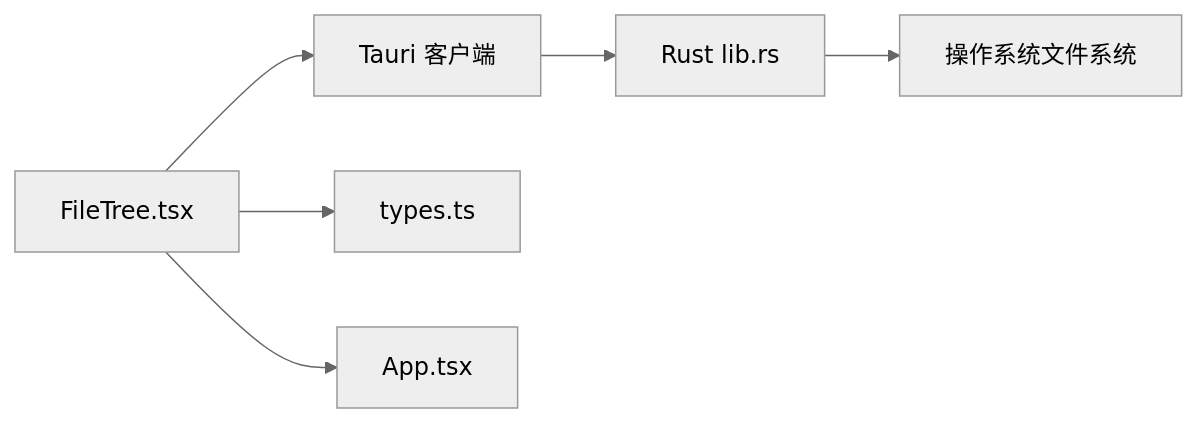
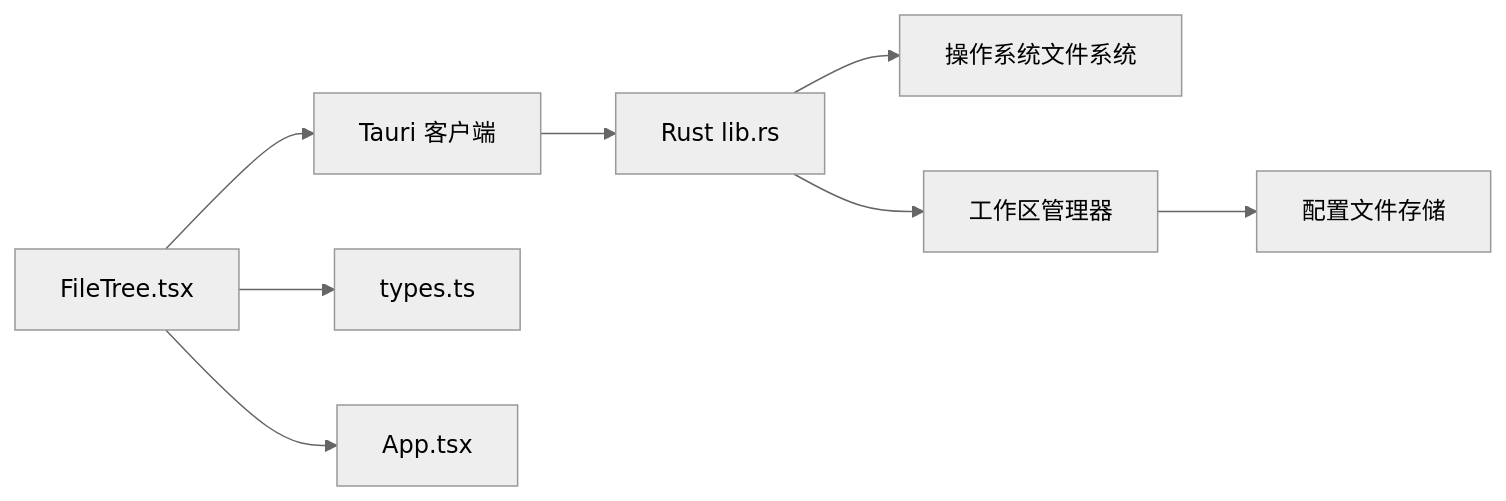
One commit to gongshiyun/ZenNote changed the fourth of 4 diagrams in .qoder/repowiki/zh/content/核心组件/文件树组件.md. Above: the diagram before and after it, drawn with Mermaid (neutral theme). The commit also changed other lines of this file and 8 other files, not shown here.

````diff
--- a/.qoder/repowiki/zh/content/核心组件/文件树组件.md
+++ b/.qoder/repowiki/zh/content/核心组件/文件树组件.md
@@ -229,8 +341,10 @@
 ```mermaid
 graph LR
 FT["FileTree.tsx"] --> TAU["Tauri 客户端"]
 TAU --> RUST["Rust lib.rs"]
 RUST --> OSFS["操作系统文件系统"]
 FT --> TYPES["types.ts"]
 FT --> APP["App.tsx"]
+RUST --> WORKSPACE["工作区管理器"]
+WORKSPACE --> CONFIG["配置文件存储"]
 ```
````
